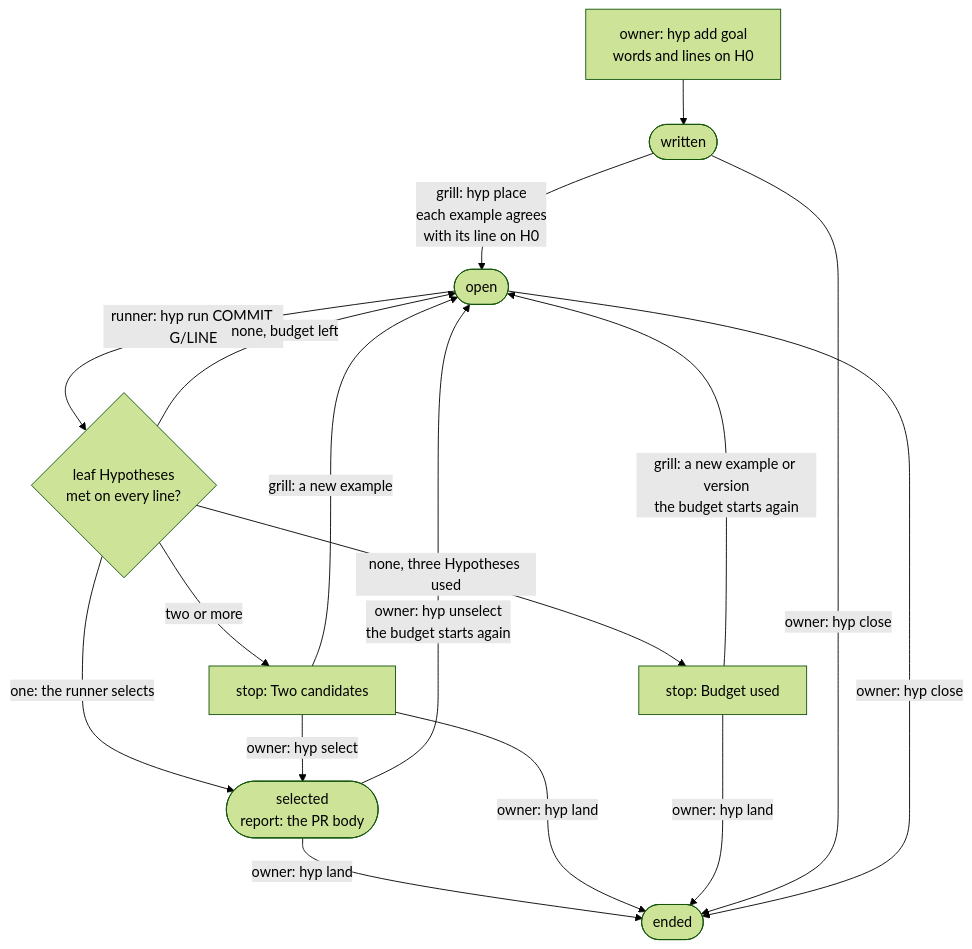
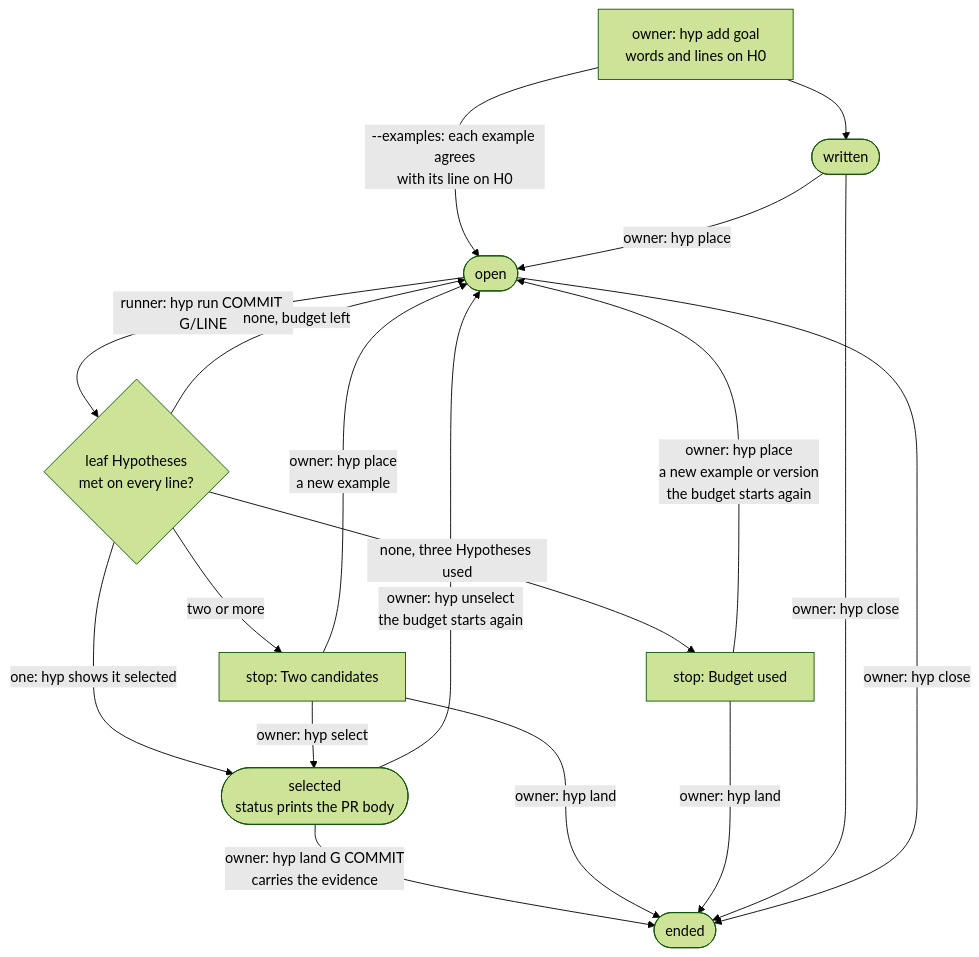
The fourth of 4 diagrams in README.md (dat9uy/hyp), drawn with Mermaid (forest theme) before and after one commit. The commit also changed other lines of this file and 48 other files, not shown here.

````diff
--- a/README.md
+++ b/README.md
@@ -208,19 +208,20 @@
 ```mermaid
 flowchart TD
   A["owner: hyp add goal<br/>words and lines on H0"] --> W(["written"])
-  W -- "grill: hyp place<br/>each example agrees<br/>with its line on H0" --> O(["open"])
+  A -- "--examples: each example agrees<br/>with its line on H0" --> O(["open"])
+  W -- "owner: hyp place" --> O
   O -- "runner: hyp run COMMIT G/LINE" --> C{"leaf Hypotheses<br/>met on every line?"}
   C -- "none, budget left" --> O
-  C -- "one: the runner selects" --> S(["selected<br/>report: the PR body"])
+  C -- "one: hyp shows it selected" --> S(["selected<br/>status prints the PR body"])
   C -- "two or more" --> T["stop: Two candidates"]
   C -- "none, three Hypotheses used" --> B["stop: Budget used"]
   T -- "owner: hyp select" --> S
-  T -- "grill: a new example" --> O
-  B -- "grill: a new example or version<br/>the budget starts again" --> O
+  T -- "owner: hyp place<br/>a new example" --> O
+  B -- "owner: hyp place<br/>a new example or version<br/>the budget starts again" --> O
   S -- "owner: hyp unselect<br/>the budget starts again" --> O
-  S -- "owner: hyp land" --> E(["ended"])
+  S -- "owner: hyp land G COMMIT<br/>carries the evidence" --> E(["ended"])
   T -- "owner: hyp land" --> E
   B -- "owner: hyp land" --> E
   W -- "owner: hyp close" --> E
   O -- "owner: hyp close" --> E
 ```
````
